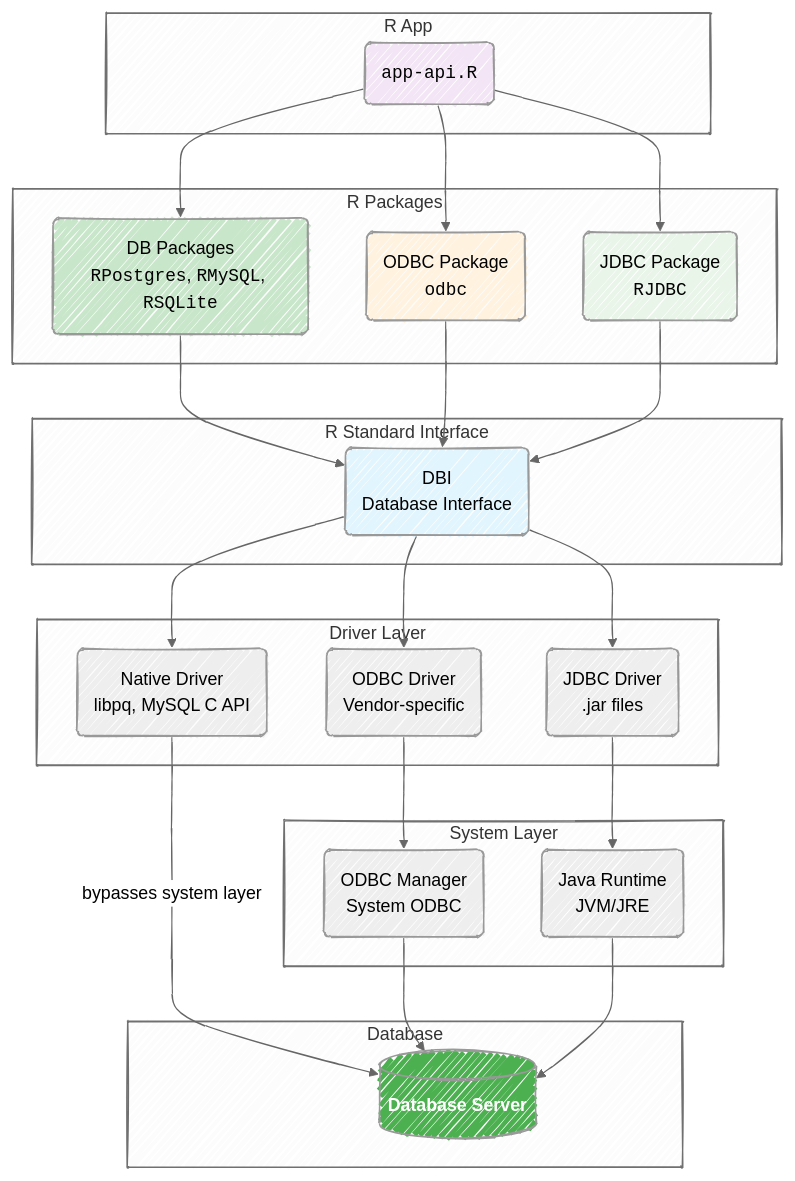
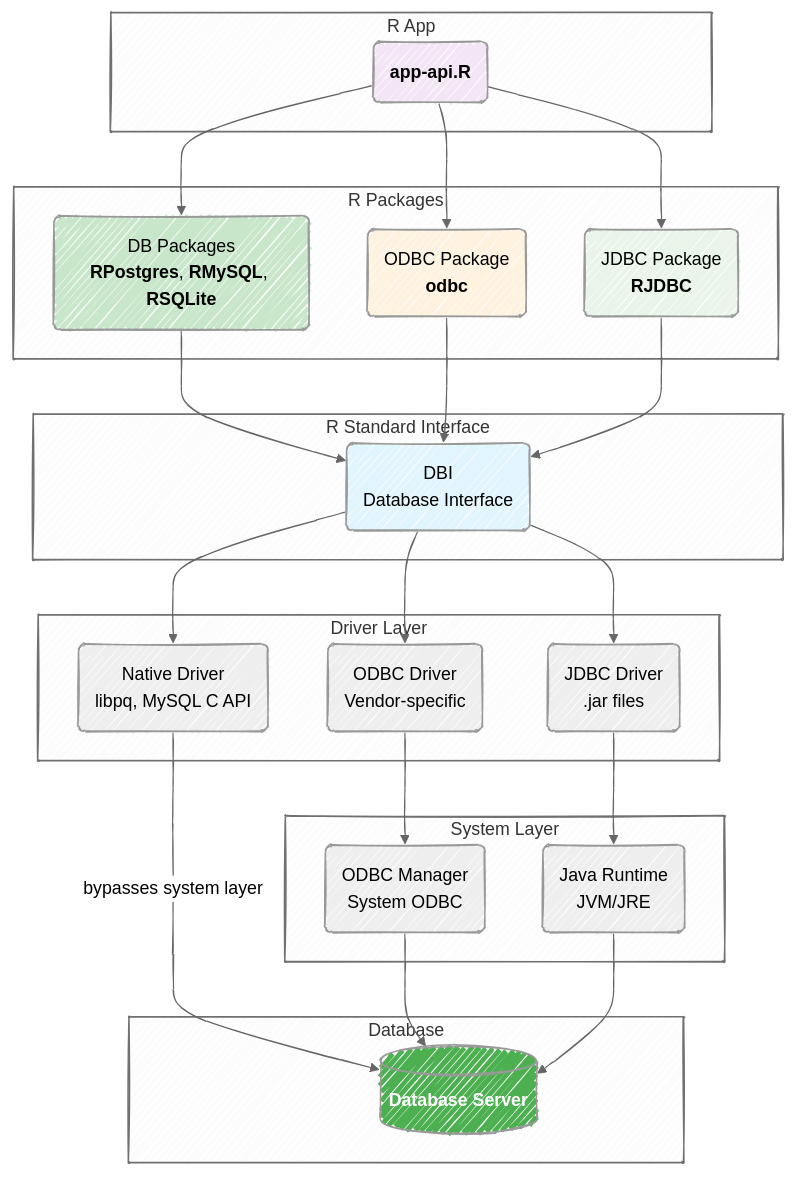
One commit to mjfrigaard/do4ds-labs changed the second of 6 diagrams in lab3.qmd. Above: the diagram before and after it, drawn with Mermaid. The commit also changed other lines of this file and 34 other files, not shown here.

Commit message:
updates to mermaid

````diff
--- a/lab3.qmd
+++ b/lab3.qmd
@@ -117,64 +118,64 @@
 ```{mermaid}
 %%| fig-cap: 'R Database Connection Pathways'
 %%| fig-align: center
 %%{init: {'theme': 'neutral', 'look': 'handDrawn', 'themeVariables': { 'fontFamily': 'monospace'}}}%%
 
 graph TB
     subgraph "R App"
-        A("<code>app-api.R</code>")
+        A("<strong>app-api.R</strong>")
     end
     
     subgraph "R Packages"
-        B("DB Packages<br/><code>RPostgres</code>, <code>RMySQL</code>, <code>RSQLite</code>")
-        C("ODBC Package<br/><code>odbc</code>")
-        D("JDBC Package<br/><code>RJDBC</code>")
+        B("DB Packages<br/><strong>RPostgres</strong>, <strong>RMySQL</strong>, <strong>RSQLite</strong>")
+        C("ODBC Package<br/><strong>odbc</strong>")
+        D("JDBC Package<br/><strong>RJDBC</strong>")
     end
     
     subgraph "R Standard Interface"
         E("DBI<br/>Database Interface")
     end
     
     subgraph "Driver Layer"
         F("Native Driver<br/>libpq, MySQL C API")
         G("ODBC Driver<br/>Vendor-specific")
         H("JDBC Driver<br/>.jar files")
     end
     
     subgraph "System Layer"
         I("ODBC Manager<br/>System ODBC")
         J("Java Runtime<br/>JVM/JRE")
     end
     
     subgraph "Database"
         K[("<strong>Database Server</strong>")]
     end
     
     %% All paths go through DBI
     A --> B
     A --> C  
     A --> D
     B --> E
     C --> E
     D --> E
     
     %% Direct pathway (bypasses system layer)
     E --> F
     F --"bypasses system layer"--> K
     
     %% ODBC pathway  
     E --> G
     G --> I
     I --> K
     
     %% JDBC pathway
     E --> H
     H --> J
     J --> K
     
     style A fill:#f3e5f5
     style E fill:#e1f5fe
     style B fill:#c8e6c9
     style C fill:#fff3e0
     style D fill:#e8f5e8
     style K fill:#4caf50,color:#fff
 ```
````
